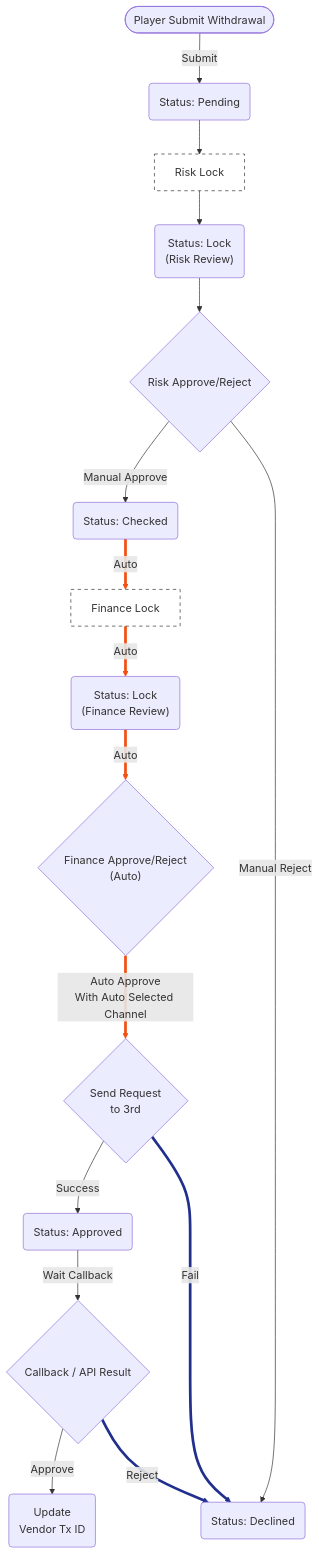
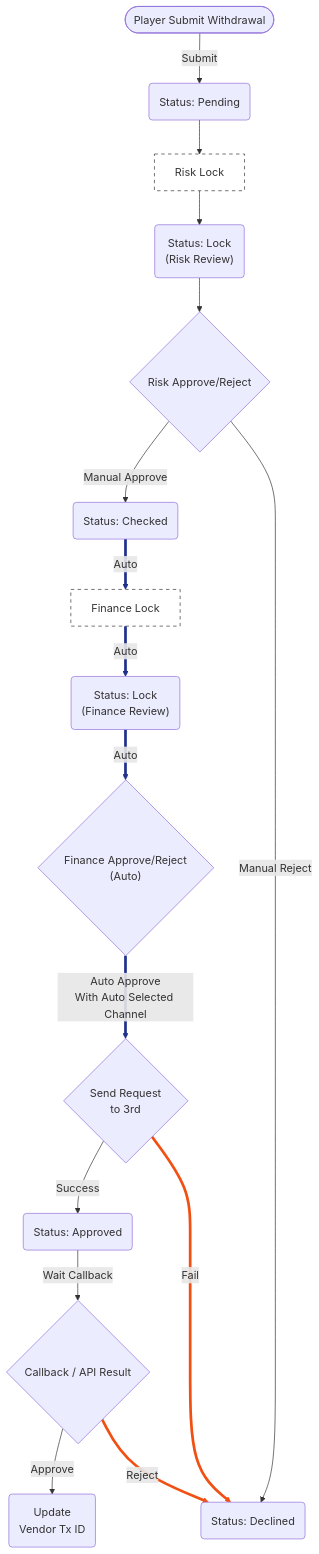
The second of 2 diagrams in no99_archive/sitflowchart.md (almightyken0425/SuSuGiGiSpec), drawn with Mermaid before and after one commit. The commit also changed other lines of this file, not shown here.

````diff
--- a/no99_archive/sitflowchart.md
+++ b/no99_archive/sitflowchart.md
@@ -111,71 +111,71 @@
 ```mermaid
 graph TD
     %% 節點定義
     StartAuto(["Player Submit Withdrawal"])
     PendingAuto("Status: Pending")
     
     RiskLockActionBoxAuto["Risk Lock"]
     RiskLockAuto("Status: Lock<br/>(Risk Review)")
     
     RiskActionAuto{"Risk Approve/Reject"}
     ApproveAuto("Status: Checked")
     
     FinanceLockActionBoxAuto["Finance Lock"]
     FinanceLockAuto("Status: Lock<br/>(Finance Review)")
     
     FinanceActionAuto{"Finance Approve/Reject<br/>(Auto)"}
     RequestActionAuto{"Send Request<br/>to 3rd"}
     FinanceApprovedAuto("Status: Approved")
 
     DeclineAuto("Status: Declined")
     SuccessAuto("Update<br>Vendor Tx ID")
     CallbackAuto{"Callback / API Result"}
 
     StartAuto -->|"Submit"| PendingAuto
     
     PendingAuto --> RiskLockActionBoxAuto
     RiskLockActionBoxAuto --> RiskLockAuto
     
     RiskLockAuto --> RiskActionAuto
     
     RiskActionAuto -->|"Manual Approve"| ApproveAuto
     
     ApproveAuto ==>|"Auto"| FinanceLockActionBoxAuto
     FinanceLockActionBoxAuto ==>|"Auto"| FinanceLockAuto
     FinanceLockAuto ==>|"Auto"| FinanceActionAuto
     FinanceActionAuto ==>|"Auto Approve<br/>With Auto Selected Channel"| RequestActionAuto
     
     RequestActionAuto -->|"Success"| FinanceApprovedAuto
     RequestActionAuto ==>|"Fail"| DeclineAuto
     
     FinanceApprovedAuto -->|"Wait Callback"| CallbackAuto
 
     CallbackAuto -->|"Approve"| SuccessAuto
     
     CallbackAuto ==>|"Reject"| DeclineAuto
 
     RiskActionAuto -->|"Manual Reject"| DeclineAuto
 
     %% linkStyle 索引 (基於連接線出現順序):
     %% 0: StartAuto -> PendingAuto
     %% 1: PendingAuto -> RiskLockActionBoxAuto
     %% 2: RiskLockActionBoxAuto -> RiskLockAuto
     %% 3: RiskLockAuto -> RiskActionAuto
     %% 4: RiskActionAuto -> ApproveAuto
     %% 5: ApproveAuto ==> FinanceLockActionBoxAuto
     %% 6: FinanceLockActionBoxAuto ==> FinanceLockAuto
     %% 7: FinanceLockAuto ==> FinanceActionAuto
     %% 8: FinanceActionAuto ==> RequestActionAuto
     %% 9: RequestActionAuto --> FinanceApprovedAuto
     %% 10: RequestActionAuto ==> DeclineAuto (Fail)
     %% 11: FinanceApprovedAuto --> CallbackAuto
     %% 12: CallbackAuto --> SuccessAuto
     %% 13: CallbackAuto ==> DeclineAuto (Reject)
     %% 14: RiskActionAuto --> DeclineAuto
 
-    linkStyle 5,6,7,8 stroke:#F24F13,stroke-width:4px;
-    linkStyle 10,13 stroke:#20308c,stroke-width:4px;
+    linkStyle 5,6,7,8 stroke:#20308c,stroke-width:4px;
+    linkStyle 10,13 stroke:#F24F13,stroke-width:4px;
 
     style RiskLockActionBoxAuto fill:#fff,stroke:#333,stroke-dasharray: 5 5
     style FinanceLockActionBoxAuto fill:#fff,stroke:#333,stroke-dasharray: 5 5
 ```
````
